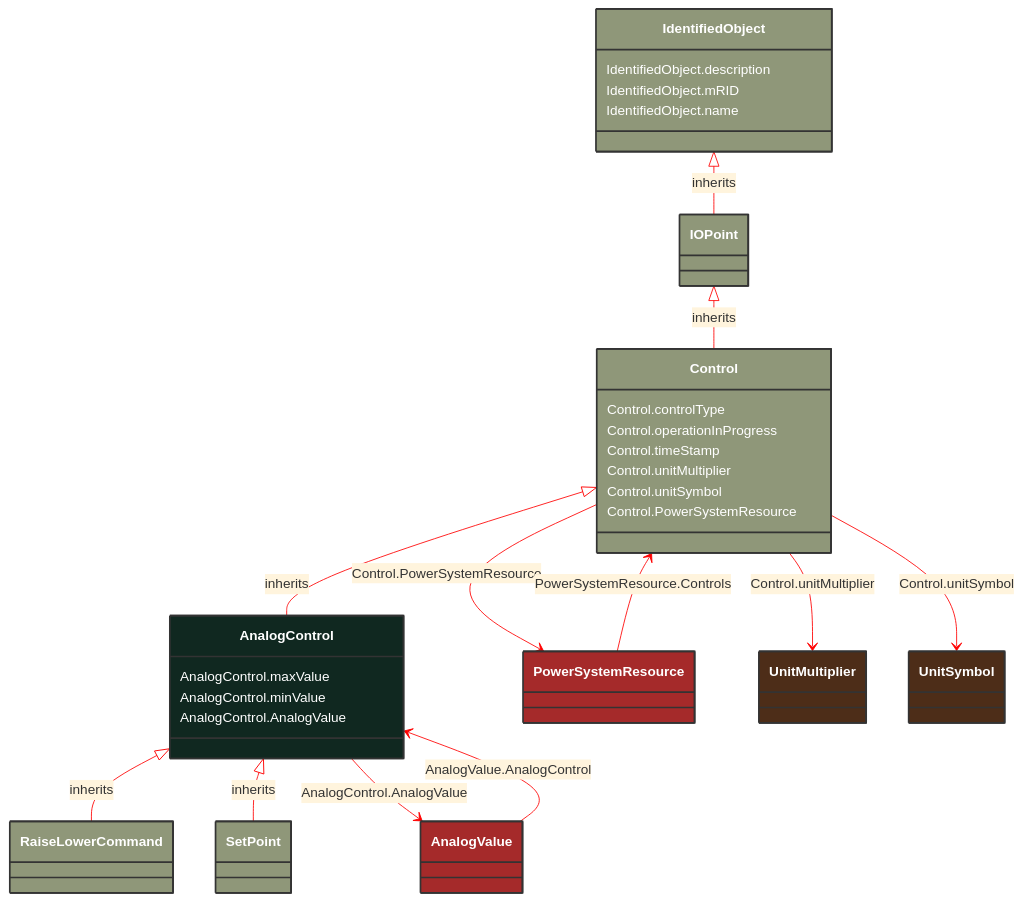
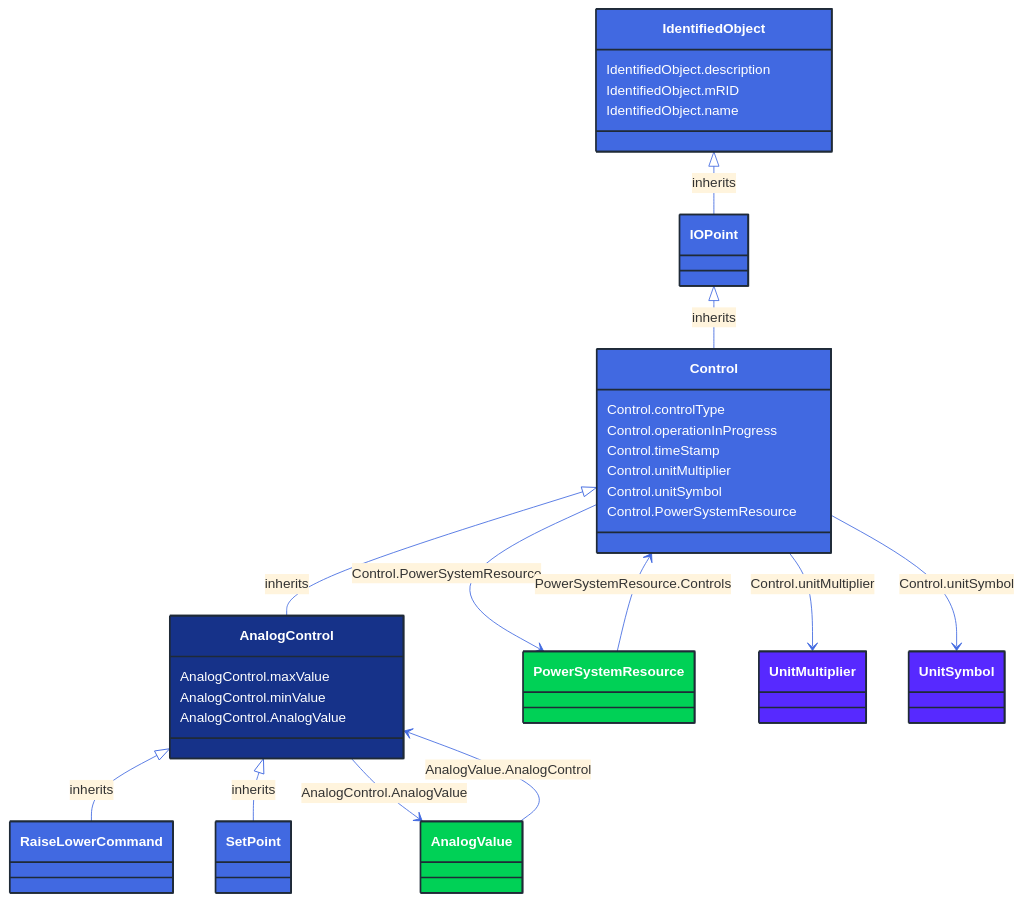
Before and after one commit to 3lbits/NoCIMExtensions: the diagram in docs/Models/Profiles/Operation/AbstractClasses/AnalogControl.md, drawn with Mermaid. The commit also changed 362 other files, not shown here.

First line of the commit message:
Update diagrams and styles for improved visual consistency

````diff
--- a/docs/Models/Profiles/Operation/AbstractClasses/AnalogControl.md
+++ b/docs/Models/Profiles/Operation/AbstractClasses/AnalogControl.md
@@ -10,78 +10,78 @@
 ```mermaid
-%%{init: {'theme':'base','themeVariables': {'lineColor': '#FF0000'}}}%%
+%%{init: {'theme':'base','themeVariables': {'lineColor': '#4169E1'}}}%%
 classDiagram
     class AnalogControl
     click AnalogControl href "/Models/Profiles/Operation/AbstractClasses/AnalogControl/"
-    style AnalogControl fill:#102820,stroke:#333,stroke-width:2px,rx:10,ry:10,color:white
+    style AnalogControl fill:#163289,stroke:#1F2A37,stroke-width:2px,rx:10,ry:10,color:white
 
         AnalogControl <|-- RaiseLowerCommand : inherits
 
         RaiseLowerCommand
             click RaiseLowerCommand href "/Models/Profiles/Operation/ConcreteClasses/RaiseLowerCommand/"
-            style RaiseLowerCommand fill:#8F9779,stroke:#333,stroke-width:2px,rx:10,ry:10,color:white
+            style RaiseLowerCommand fill:#4169E1,stroke:#1F2A37,stroke-width:2px,rx:10,ry:10,color:white
 
         AnalogControl <|-- SetPoint : inherits
 
         SetPoint
             click SetPoint href "/Models/Profiles/Operation/ConcreteClasses/SetPoint/"
-            style SetPoint fill:#8F9779,stroke:#333,stroke-width:2px,rx:10,ry:10,color:white
+            style SetPoint fill:#4169E1,stroke:#1F2A37,stroke-width:2px,rx:10,ry:10,color:white
      
         Control <|-- AnalogControl : inherits
             click Control href "/Models/Profiles/Operation/AbstractClasses/Control/"
-            style Control fill:#8F9779,stroke:#333,stroke-width:2px,rx:10,ry:10,color:white
+            style Control fill:#4169E1,stroke:#1F2A37,stroke-width:2px,rx:10,ry:10,color:white
      
         IOPoint <|-- Control : inherits
             click IOPoint href "/Models/Profiles/Operation/AbstractClasses/IOPoint/"
-            style IOPoint fill:#8F9779,stroke:#333,stroke-width:2px,rx:10,ry:10,color:white
+            style IOPoint fill:#4169E1,stroke:#1F2A37,stroke-width:2px,rx:10,ry:10,color:white
      
         IdentifiedObject <|-- IOPoint : inherits
             click IdentifiedObject href "/Models/Profiles/Operation/AbstractClasses/IdentifiedObject/"
-            style IdentifiedObject fill:#8F9779,stroke:#333,stroke-width:2px,rx:10,ry:10,color:white
+            style IdentifiedObject fill:#4169E1,stroke:#1F2A37,stroke-width:2px,rx:10,ry:10,color:white
 
         AnalogControl --> AnalogValue : AnalogControl.AnalogValue
 
         AnalogValue
             click AnalogValue href "/Models/Profiles/Operation/ConcreteClasses/AnalogValue/"
-            style AnalogValue fill:#A52A2A,stroke:#333,stroke-width:2px,rx:10,ry:10,color:white
+            style AnalogValue fill:#00D156,stroke:#1F2A37,stroke-width:2px,rx:10,ry:10,color:white
         Control --> PowerSystemResource : Control.PowerSystemResource
 
         PowerSystemResource
             click PowerSystemResource href "/Models/Profiles/Operation/AbstractClasses/PowerSystemResource/"
-            style PowerSystemResource fill:#A52A2A,stroke:#333,stroke-width:2px,rx:10,ry:10,color:white
+            style PowerSystemResource fill:#00D156,stroke:#1F2A37,stroke-width:2px,rx:10,ry:10,color:white
 
         AnalogValue --> AnalogControl : AnalogValue.AnalogControl
 
         AnalogValue
             click AnalogValue href "/Models/Profiles/Operation/ConcreteClasses/AnalogValue/"
-            style AnalogValue fill:#A52A2A,stroke:#333,stroke-width:2px,rx:10,ry:10,color:white
+            style AnalogValue fill:#00D156,stroke:#1F2A37,stroke-width:2px,rx:10,ry:10,color:white
 
         PowerSystemResource --> Control : PowerSystemResource.Controls
 
         PowerSystemResource
             click PowerSystemResource href "/Models/Profiles/Operation/AbstractClasses/PowerSystemResource/"
-            style PowerSystemResource fill:#A52A2A,stroke:#333,stroke-width:2px,rx:10,ry:10,color:white
+            style PowerSystemResource fill:#00D156,stroke:#1F2A37,stroke-width:2px,rx:10,ry:10,color:white
 
         Control --> UnitMultiplier : Control.unitMultiplier
 
         UnitMultiplier
             click UnitMultiplier href "/Models/Profiles/Operation/Enumerations/UnitMultiplier/"
-            style UnitMultiplier fill:#4D2D18,stroke:#333,stroke-width:2px,rx:10,ry:10,color:white
+            style UnitMultiplier fill:#5729FF,stroke:#1F2A37,stroke-width:2px,rx:10,ry:10,color:white
         Control --> UnitSymbol : Control.unitSymbol
 
         UnitSymbol
             click UnitSymbol href "/Models/Profiles/Operation/Enumerations/UnitSymbol/"
-            style UnitSymbol fill:#4D2D18,stroke:#333,stroke-width:2px,rx:10,ry:10,color:white
+            style UnitSymbol fill:#5729FF,stroke:#1F2A37,stroke-width:2px,rx:10,ry:10,color:white
 
         AnalogControl : AnalogControl.maxValue
         AnalogControl : AnalogControl.minValue
         AnalogControl : AnalogControl.AnalogValue
         Control : Control.controlType
         Control : Control.operationInProgress
         Control : Control.timeStamp
         Control : Control.unitMultiplier
         Control : Control.unitSymbol
         Control : Control.PowerSystemResource
         IdentifiedObject : IdentifiedObject.description
         IdentifiedObject : IdentifiedObject.mRID
         IdentifiedObject : IdentifiedObject.name
 ```
````
